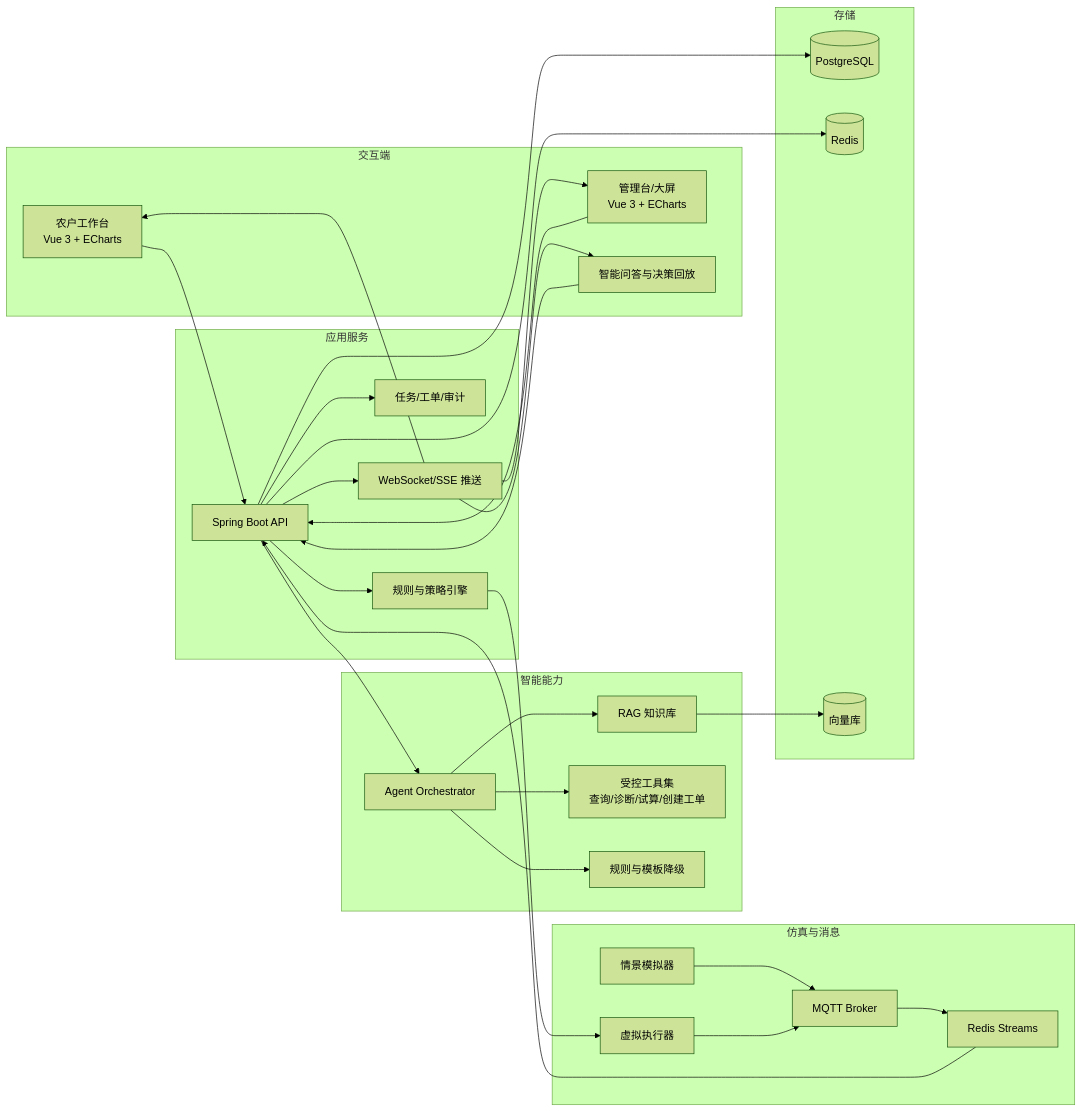
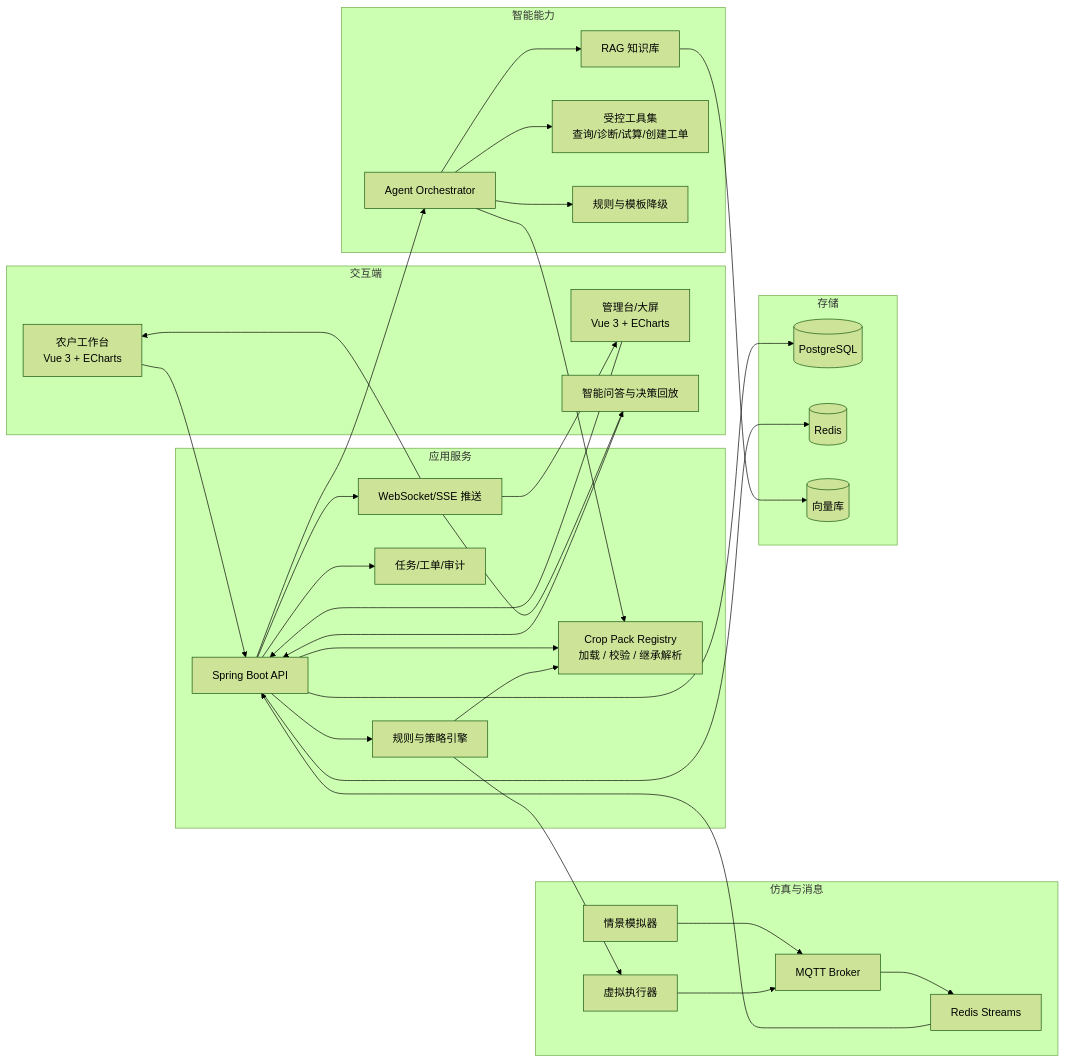
The first of 3 diagrams in 03_智慧农业_技术架构.md (FlowerNeverFade/smart-agriculture), drawn with Mermaid (forest theme) before and after one commit. The commit also changed other lines of this file and 4 other files, not shown here.

````diff
--- a/03_智慧农业_技术架构.md
+++ b/03_智慧农业_技术架构.md
@@ -36,49 +38,53 @@
 ```mermaid
 flowchart LR
     subgraph Client[交互端]
       H5[农户工作台\nVue 3 + ECharts]
       OPS[管理台/大屏\nVue 3 + ECharts]
       CHAT[智能问答与决策回放]
     end
     subgraph App[应用服务]
       API[Spring Boot API]
+      CROP[Crop Pack Registry\n加载 / 校验 / 继承解析]
       RULE[规则与策略引擎]
       JOB[任务/工单/审计]
       PUSH[WebSocket/SSE 推送]
     end
     subgraph AI[智能能力]
       ORCH[Agent Orchestrator]
       RAG[RAG 知识库]
       TOOLS[受控工具集\n查询/诊断/试算/创建工单]
       FALLBACK[规则与模板降级]
     end
     subgraph Sim[仿真与消息]
       RUNNER[情景模拟器]
       MQTT[MQTT Broker]
       STREAM[Redis Streams]
       VDEV[虚拟执行器]
     end
     subgraph Store[存储]
       PG[(PostgreSQL)]
       REDIS[(Redis)]
       VECTOR[(向量库)]
     end
     H5 --> API
     OPS --> API
     CHAT --> API
+    API --> CROP
     API --> PUSH
     API --> RULE
     API --> ORCH
     API --> JOB
     ORCH --> RAG
     ORCH --> TOOLS
     ORCH --> FALLBACK
+    ORCH --> CROP
+    RULE --> CROP
     RUNNER --> MQTT --> STREAM --> API
     RULE --> VDEV --> MQTT
     API --> PG
     API --> REDIS
     RAG --> VECTOR
     PUSH --> H5
     PUSH --> OPS
     PUSH --> CHAT
 ```
````
